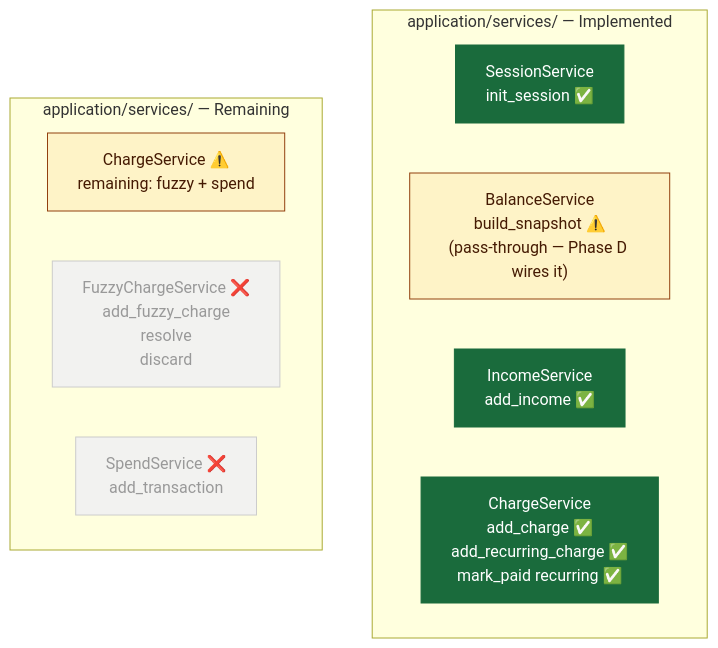
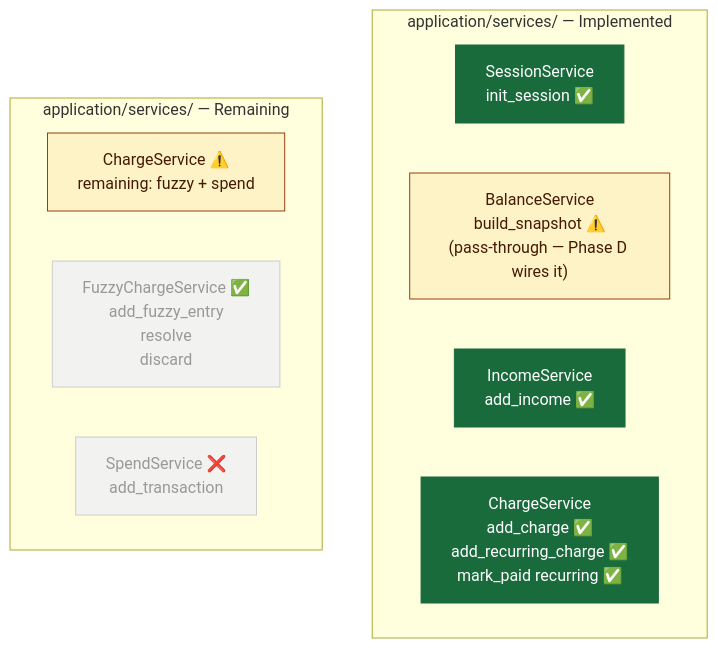
Before and after one commit to MoaminShikha/student-expense-tracker: the sixth of 24 diagrams in Docs/stage1_implementation_status.md, drawn with Mermaid. The commit also changed other lines of this file and 6 other files, not shown here.

First line of the commit message:
feat(application): implement fuzzy entry lifecycle slice

````diff
--- a/Docs/stage1_implementation_status.md
+++ b/Docs/stage1_implementation_status.md
@@ -215,23 +223,23 @@
 ```mermaid
 graph TD
     subgraph existing["application/services/ — Implemented"]
         SS["SessionService\ninit_session ✅"]
         BS["BalanceService\nbuild_snapshot ⚠️\n(pass-through — Phase D wires it)"]
         IS["IncomeService\nadd_income ✅"]
         CS1["ChargeService\nadd_charge ✅\nadd_recurring_charge ✅\nmark_paid recurring ✅"]
     end
 
     subgraph missing["application/services/ — Remaining"]
         CS["ChargeService ⚠️\nremaining: fuzzy + spend"]
-        FS["FuzzyChargeService ❌\nadd_fuzzy_charge\nresolve\ndiscard"]
+        FS["FuzzyChargeService ✅\nadd_fuzzy_entry\nresolve\ndiscard"]
         SP["SpendService ❌\nadd_transaction"]
     end
 
     style SS fill:#1a6b3c,color:#fff,stroke:#1a6b3c
     style BS fill:#fef3c7,stroke:#92400e,color:#451a03
     style IS fill:#1a6b3c,color:#fff,stroke:#1a6b3c
     style CS1 fill:#1a6b3c,color:#fff,stroke:#1a6b3c
     style CS fill:#fef3c7,stroke:#92400e,color:#451a03
     style FS fill:#f2f2f0,stroke:#ccc,color:#999
     style SP fill:#f2f2f0,stroke:#ccc,color:#999
 ```
````
